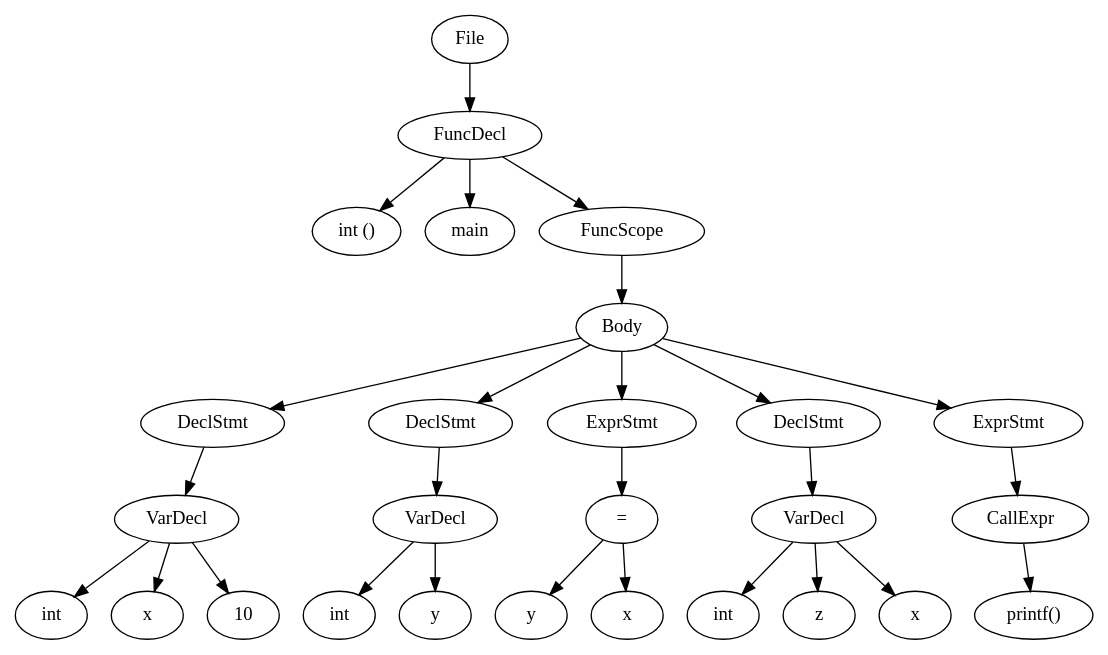
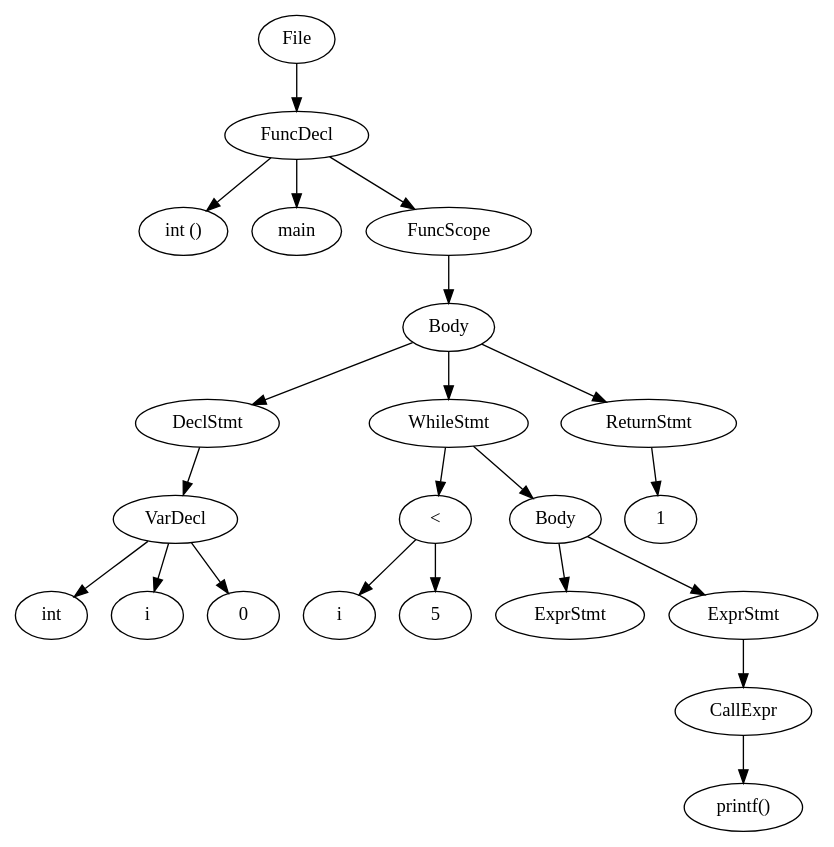
One commit to LarsDeLeeuw/Compilers changed the diagram in src/output.dot. Above: the diagram before and after it, drawn with Graphviz. The commit also changed 15 other files, not shown here.

```diff
--- a/src/output.dot
+++ b/src/output.dot
@@ -1,54 +1,44 @@
 digraph {n0 [label="File"];
 n1 [label="FuncDecl"];
 n2 [label="int ()"];
 n3 [label="main"];
 n4 [label="FuncScope"];
 n6 [label="Body"];
 n8 [label="DeclStmt"];
 n9 [label="VarDecl"];
 n10 [label="int"];
-n11 [label="x"];
-n12 [label="10"];
-n13 [label="DeclStmt"];
-n14 [label="VarDecl"];
-n15 [label="int"];
-n16 [label="y"];
-n18 [label="ExprStmt"];
-n19 [label="="];
-n20 [label="y"];
-n21 [label="x"];
-n22 [label="DeclStmt"];
-n23 [label="VarDecl"];
-n24 [label="int"];
-n25 [label="z"];
-n26 [label="x"];
-n27 [label="ExprStmt"];
-n28 [label="CallExpr"];
-n29 [label="printf()"];
+n11 [label="i"];
+n12 [label="0"];
+n13 [label="WhileStmt"];
+n15 [label="<"];
+n16 [label="i"];
+n17 [label="5"];
+n18 [label="Body"];
+n20 [label="ExprStmt"];
+n22 [label="ExprStmt"];
+n23 [label="CallExpr"];
+n24 [label="printf()"];
+n26 [label="ReturnStmt"];
+n27 [label="1"];
 n0 -> n1
 n1 -> n2
 n1 -> n3
 n1 -> n4
 n4 -> n6
 n6 -> n8
 n8 -> n9
 n9 -> n10
 n9 -> n11
 n9 -> n12
 n6 -> n13
-n13 -> n14
-n14 -> n15
-n14 -> n16
-n6 -> n18
-n18 -> n19
-n19 -> n20
-n19 -> n21
-n6 -> n22
+n13 -> n15
+n15 -> n16
+n15 -> n17
+n13 -> n18
+n18 -> n20
+n18 -> n22
 n22 -> n23
 n23 -> n24
-n23 -> n25
-n23 -> n26
-n6 -> n27
-n27 -> n28
-n28 -> n29
+n6 -> n26
+n26 -> n27
 }
```
